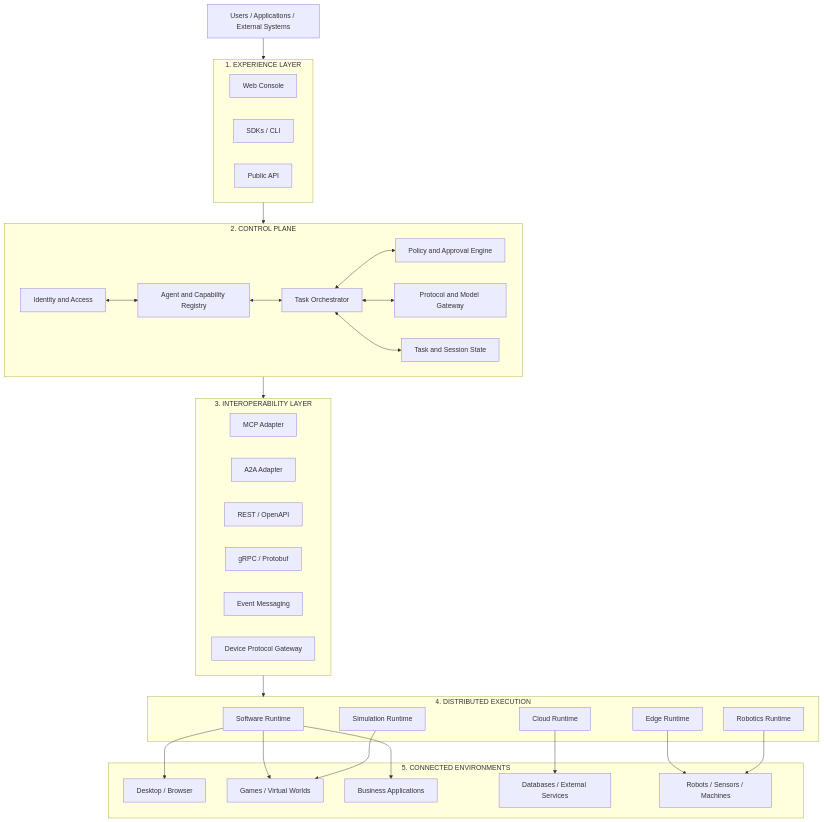
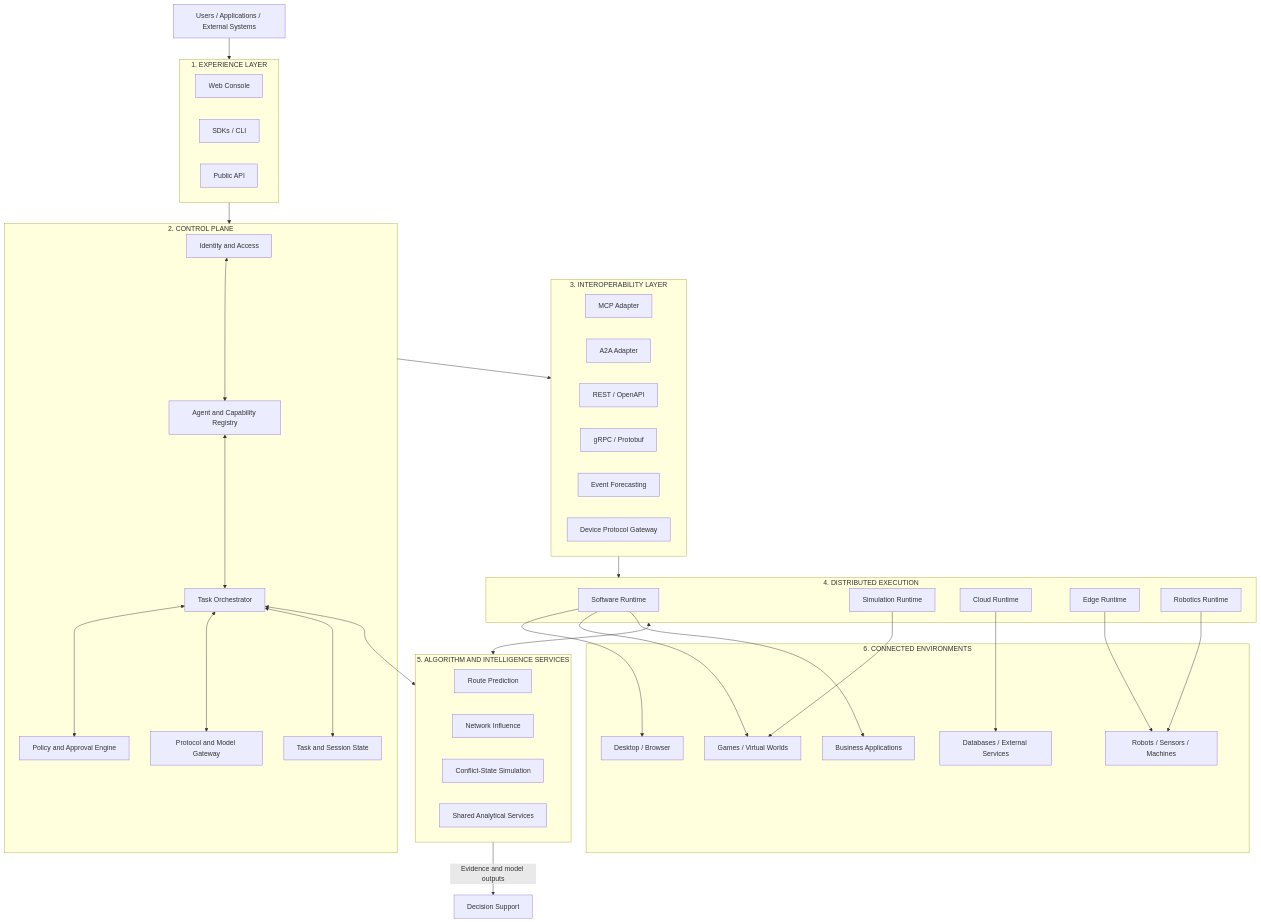
Before and after one commit to lapenzer/lapenzer-website: the first of 3 diagrams in public/architecture/lapenzer-agent-fabric-blueprint.md, drawn with Mermaid. The commit also changed other lines of this file, not shown here.

Commit message:
Add algorithm intelligence layer to architecture overview

````diff
--- a/public/architecture/lapenzer-agent-fabric-blueprint.md
+++ b/public/architecture/lapenzer-agent-fabric-blueprint.md
@@ -42,55 +42,65 @@
 ```mermaid
 flowchart TB
   USER["Users / Applications / External Systems"]
   subgraph EXP["1. EXPERIENCE LAYER"]
     UI["Web Console"]
     SDK["SDKs / CLI"]
     API["Public API"]
   end
   subgraph CTRL["2. CONTROL PLANE"]
     IAM["Identity and Access"]
     REG["Agent and Capability Registry"]
     ORCH["Task Orchestrator"]
     POLICY["Policy and Approval Engine"]
     ROUTER["Protocol and Model Gateway"]
     STATE["Task and Session State"]
   end
   subgraph INTEROP["3. INTEROPERABILITY LAYER"]
     MCP["MCP Adapter"]
     A2A["A2A Adapter"]
     REST["REST / OpenAPI"]
     RPC["gRPC / Protobuf"]
     EVENT["Event Messaging"]
     DEVICE["Device Protocol Gateway"]
   end
   subgraph EXEC["4. DISTRIBUTED EXECUTION"]
     SW["Software Runtime"]
     SIM["Simulation Runtime"]
     CLOUD["Cloud Runtime"]
     EDGE["Edge Runtime"]
     ROBOT["Robotics Runtime"]
   end
-  subgraph ENV["5. CONNECTED ENVIRONMENTS"]
+  subgraph INTEL["5. ALGORITHM AND INTELLIGENCE SERVICES"]
+    ROUTE["Route Prediction"]
+    EVENT["Event Forecasting"]
+    NETWORK["Network Influence"]
+    CONFLICT["Conflict-State Simulation"]
+    SHARED["Shared Analytical Services"]
+  end
+  subgraph ENV["6. CONNECTED ENVIRONMENTS"]
     DESK["Desktop / Browser"]
     GAME["Games / Virtual Worlds"]
     SAAS["Business Applications"]
     DATA["Databases / External Services"]
     PHYS["Robots / Sensors / Machines"]
   end
   USER --> EXP
   EXP --> CTRL
   IAM <--> REG
   REG <--> ORCH
   ORCH <--> POLICY
   ORCH <--> ROUTER
   ORCH <--> STATE
   CTRL --> INTEROP
   INTEROP --> EXEC
+  EXEC <--> INTEL
+  ORCH <--> INTEL
+  INTEL -->|Evidence and model outputs| DS["Decision Support"]
   SW --> DESK
   SW --> GAME
   SW --> SAAS
   CLOUD --> DATA
   EDGE --> PHYS
   ROBOT --> PHYS
   SIM --> GAME
 ```
````
